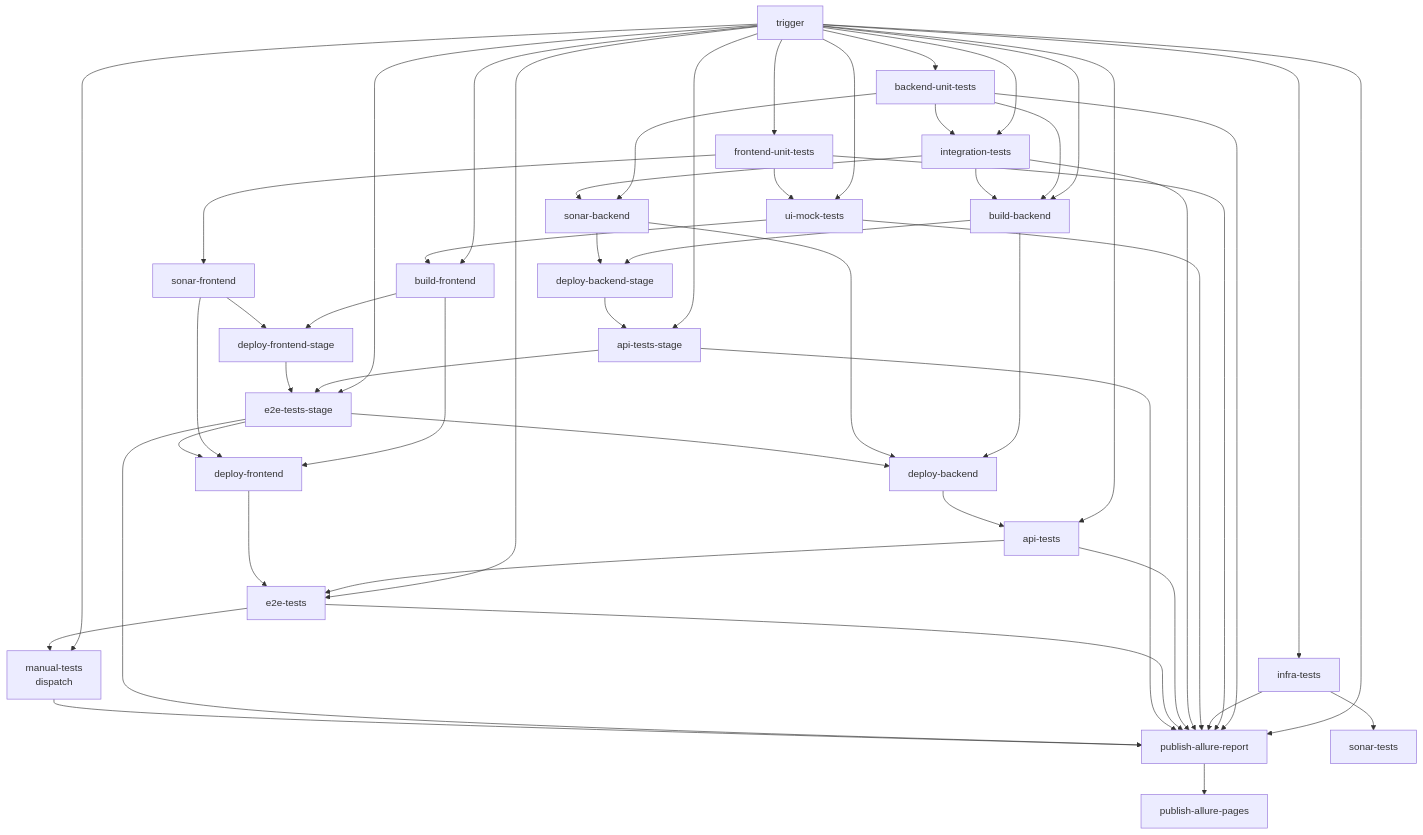
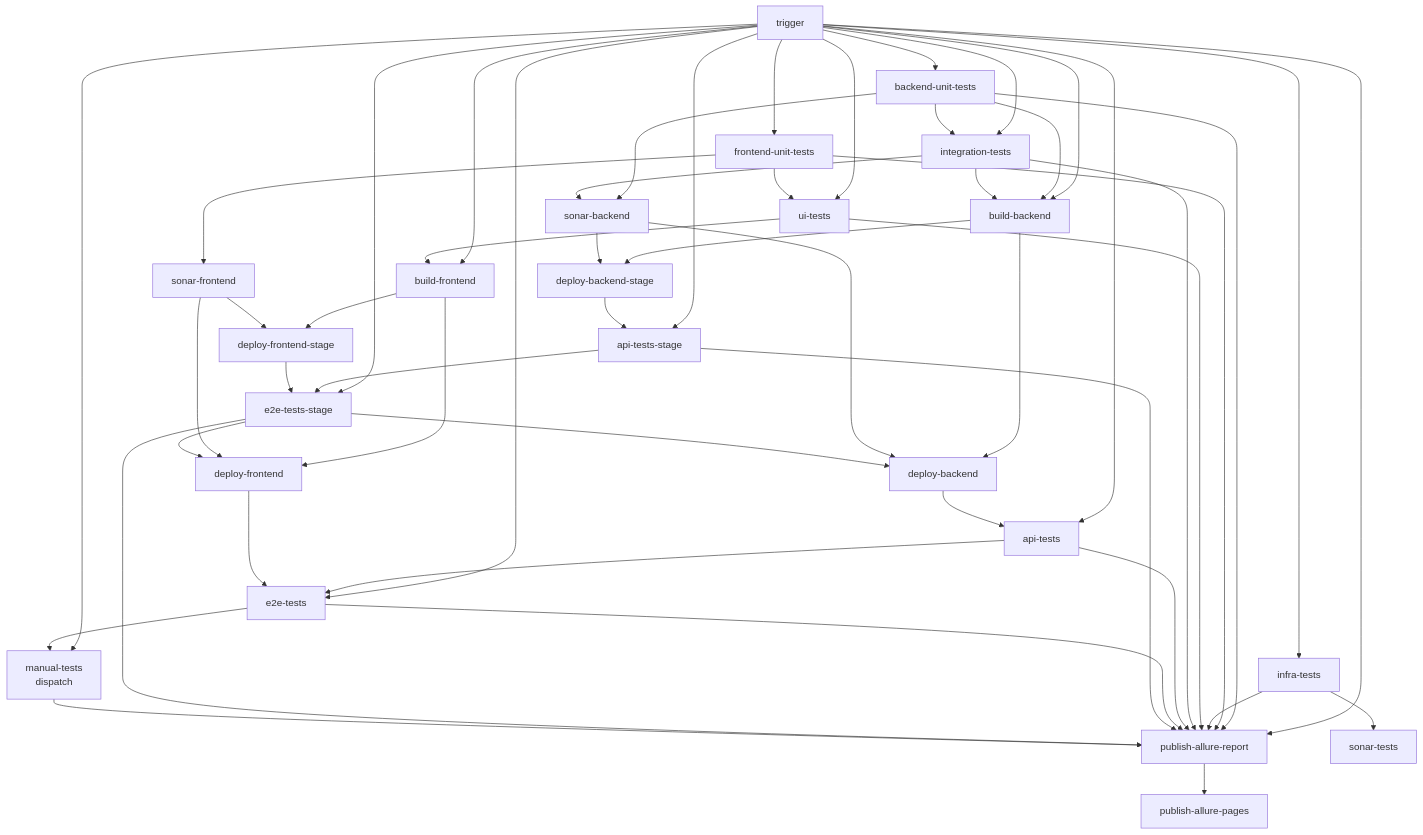
The diagram in README.md (autotests-ai/autotests-ai-multistack-app), drawn with Mermaid before and after one commit. The commit also changed other lines of this file and 17 other files, not shown here.

First line of the commit message:
ci: rename job ui-mock-tests to ui-tests

````diff
--- a/README.md
+++ b/README.md
@@ -78,55 +78,55 @@
 ```mermaid
 flowchart TB
   TRG[trigger]
 
   TRG --> UNIT[backend-unit-tests]
   TRG --> COMP[frontend-unit-tests]
   TRG --> H[infra-tests]
-  TRG --> MOCK[ui-mock-tests]
+  TRG --> UI[ui-tests]
   TRG --> INT[integration-tests]
   TRG --> BB
   TRG --> BF
   TRG --> API
   TRG --> E2E
   TRG --> APIS
   TRG --> E2ES
   TRG --> MAN
   TRG --> PUB
 
   UNIT --> INT
   UNIT --> SB[sonar-backend]
   INT --> SB
   COMP --> SF[sonar-frontend]
-  COMP --> MOCK
+  COMP --> UI
   H --> ST[sonar-tests]
 
   UNIT --> BB[build-backend]
   INT --> BB
-  MOCK --> BF[build-frontend]
+  UI --> BF[build-frontend]
 
   BB --> DB[deploy-backend]
   SB --> DB
   BB --> DBS[deploy-backend-stage]
   SB --> DBS
 
   BF --> DF[deploy-frontend]
   SF --> DF
   BF --> DFS[deploy-frontend-stage]
   SF --> DFS
 
   DB --> API[api-tests]
 
   API --> E2E[e2e-tests]
   DF --> E2E
 
   DBS --> APIS[api-tests-stage]
   APIS --> E2ES[e2e-tests-stage]
   DFS --> E2ES
   E2ES --> DB
   E2ES --> DF
 
   E2E --> MAN[manual-tests<br/>dispatch]
 
-  UNIT & COMP & H & MOCK & INT & API & E2E & APIS & E2ES & MAN --> PUB[publish-allure-report]
+  UNIT & COMP & H & UI & INT & API & E2E & APIS & E2ES & MAN --> PUB[publish-allure-report]
   PUB --> PAGES[publish-allure-pages]
 ```
````
